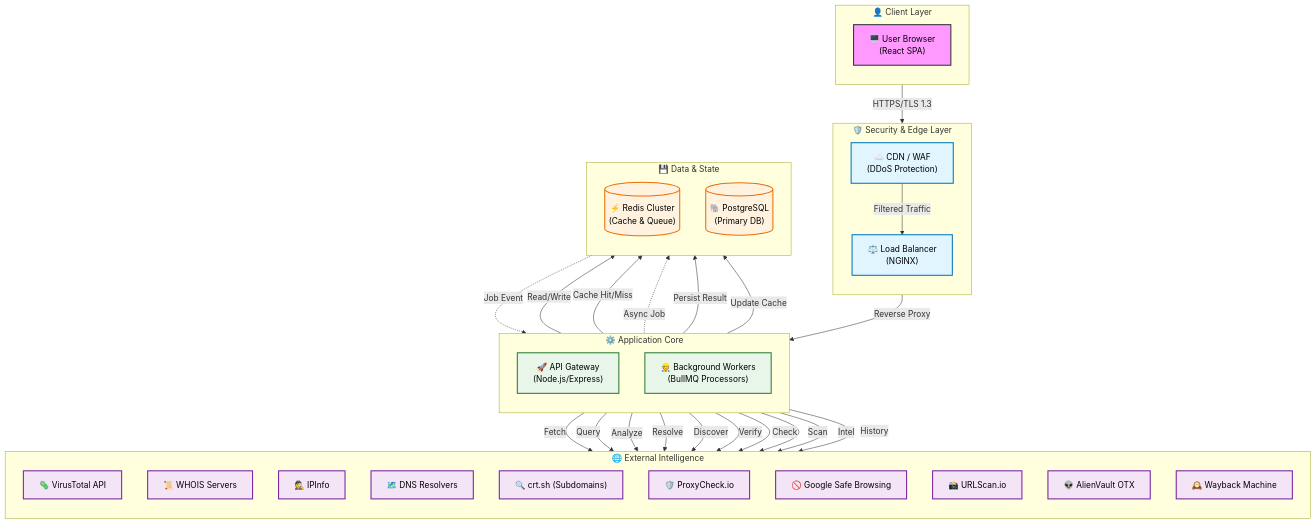
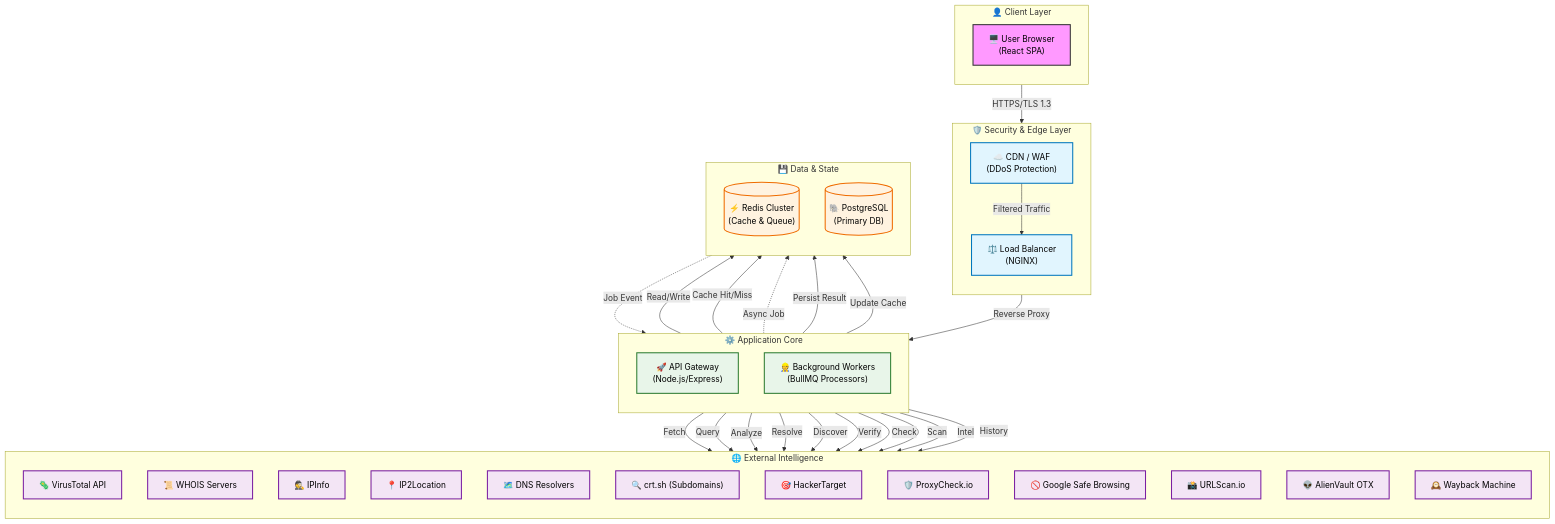
Before and after one commit to vaishnav4281/Domainscope: the diagram in documentation/architecture.md, drawn with Mermaid. The commit also changed other lines of this file and 3 other files, not shown here.

````diff
--- a/documentation/architecture.md
+++ b/documentation/architecture.md
@@ -9,71 +9,73 @@
 ```mermaid
 graph TD
     %% Styles
     classDef client fill:#f9f,stroke:#333,stroke-width:2px,color:black;
     classDef edge fill:#e1f5fe,stroke:#0277bd,stroke-width:2px,color:black;
     classDef app fill:#e8f5e9,stroke:#2e7d32,stroke-width:2px,color:black;
     classDef data fill:#fff3e0,stroke:#ef6c00,stroke-width:2px,color:black;
     classDef ext fill:#f3e5f5,stroke:#7b1fa2,stroke-width:2px,color:black;
 
     subgraph User_Access ["👤 Client Layer"]
         direction TB
         Browser["🖥️ User Browser<br/>(React SPA)"]:::client
     end
 
     subgraph Security_Edge ["🛡️ Security & Edge Layer"]
         direction TB
         CDN["☁️ CDN / WAF<br/>(DDoS Protection)"]:::edge
         LB["⚖️ Load Balancer<br/>(NGINX)"]:::edge
     end
 
     subgraph App_Core ["⚙️ Application Core"]
         direction TB
         API["🚀 API Gateway<br/>(Node.js/Express)"]:::app
         Worker["👷 Background Workers<br/>(BullMQ Processors)"]:::app
     end
 
     subgraph Data_Persistence ["💾 Data & State"]
         direction TB
         Redis[("⚡ Redis Cluster<br/>(Cache & Queue)")]:::data
         DB[("🐘 PostgreSQL<br/>(Primary DB)")]:::data
     end
 
     subgraph External_World ["🌐 External Intelligence"]
         direction TB
         VT["🦠 VirusTotal API"]:::ext
         WHOIS["📜 WHOIS Servers"]:::ext
         IPInfo["🕵️ IPInfo"]:::ext
+        IP2Loc["📍 IP2Location"]:::ext
         DNS["🗺️ DNS Resolvers"]:::ext
         CRT["🔍 crt.sh (Subdomains)"]:::ext
+        HT["🎯 HackerTarget"]:::ext
         PC["🛡️ ProxyCheck.io"]:::ext
         GSB["🚫 Google Safe Browsing"]:::ext
         URLS["📸 URLScan.io"]:::ext
         OTX["👽 AlienVault OTX"]:::ext
         WB["🕰️ Wayback Machine"]:::ext
     end
 
     %% Connections
     Browser -->|HTTPS/TLS 1.3| CDN
     CDN -->|Filtered Traffic| LB
     LB -->|Reverse Proxy| API
     
     API -->|Read/Write| DB
     API -->|Cache Hit/Miss| Redis
     API -.->|Async Job| Redis
     
     Redis -.->|Job Event| Worker
     
     Worker -->|Fetch| VT
     Worker -->|Query| WHOIS
     Worker -->|Analyze| IPInfo
     Worker -->|Resolve| DNS
     Worker -->|Discover| CRT
     Worker -->|Verify| PC
     Worker -->|Check| GSB
     Worker -->|Scan| URLS
     Worker -->|Intel| OTX
     Worker -->|History| WB
     
     Worker -->|Persist Result| DB
     Worker -->|Update Cache| Redis
 ```
````
